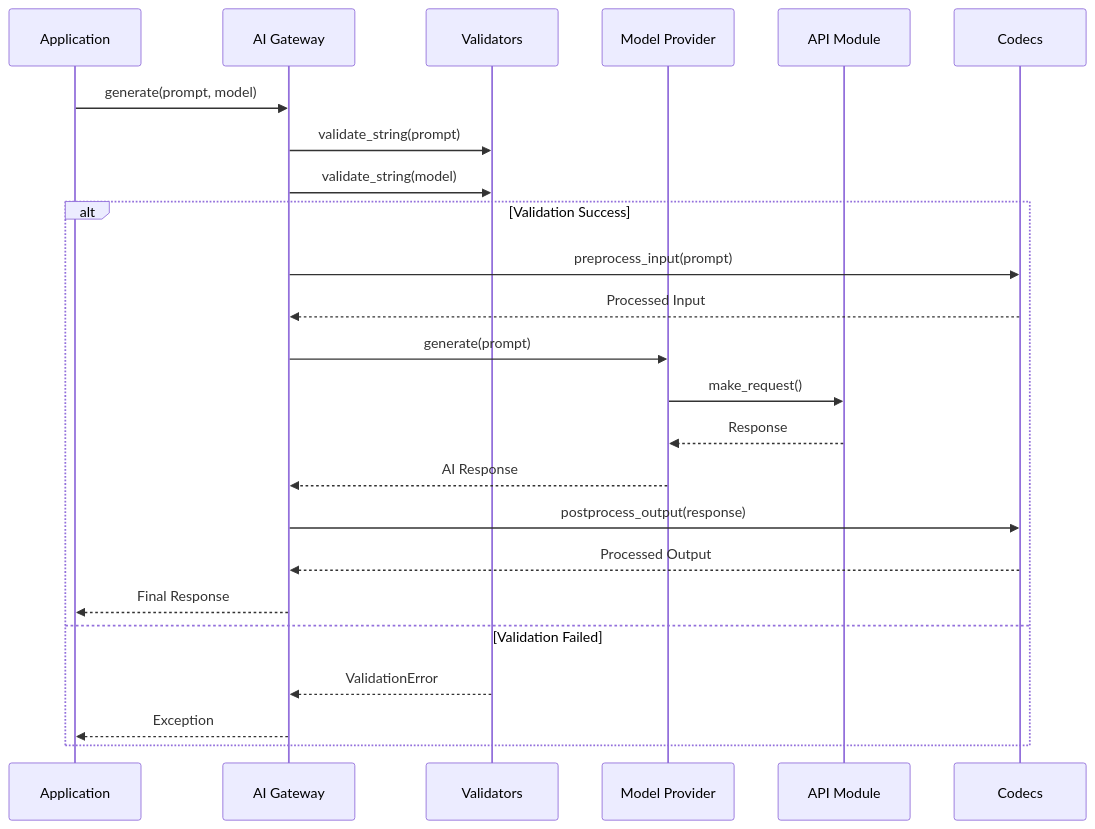
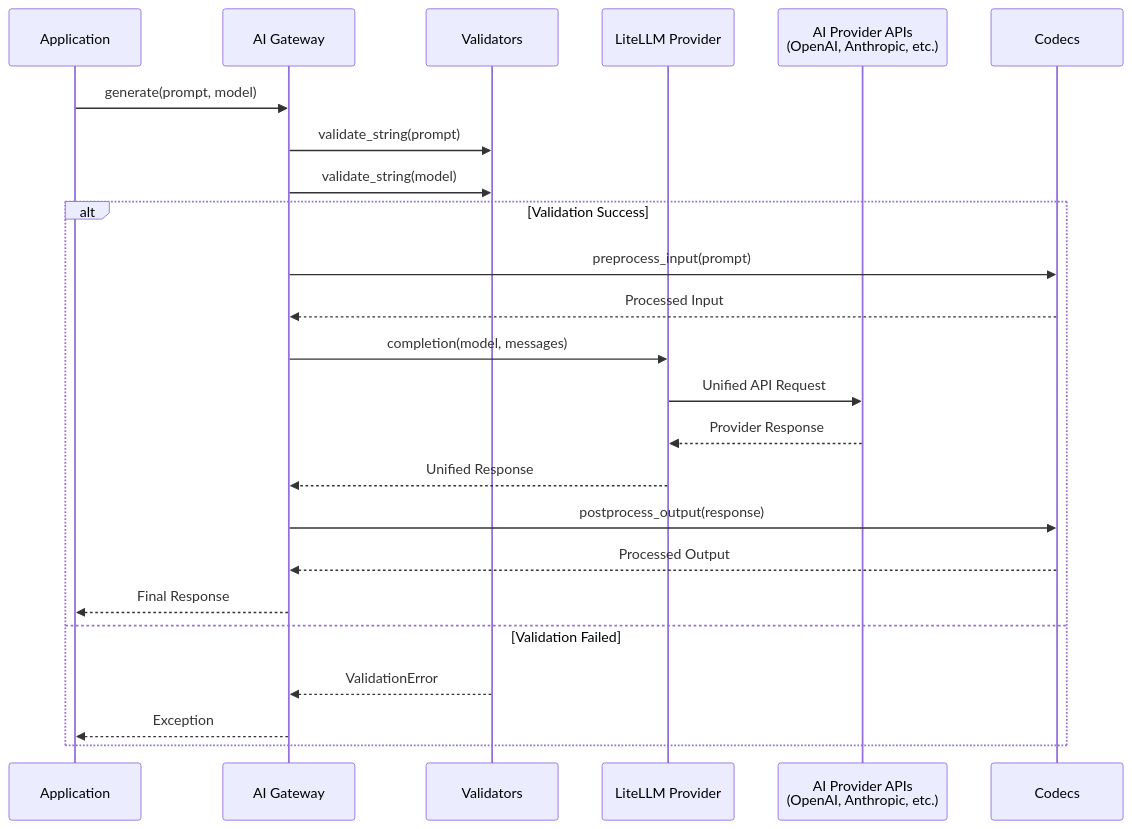
Before and after one commit to Kevinparashar/motadata-AI-sdk-2.0: the fifth of 16 diagrams in ARCHITECTURE.md, drawn with Mermaid. The commit also changed other lines of this file and 12 other files, not shown here.

````diff
--- a/ARCHITECTURE.md
+++ b/ARCHITECTURE.md
@@ -300,27 +304,27 @@
 ```mermaid
 sequenceDiagram
     participant App as Application
     participant Gateway as AI Gateway
     participant Validator as Validators
-    participant Provider as Model Provider
-    participant API as API Module
+    participant LiteLLM as LiteLLM Provider
+    participant AI_API as AI Provider APIs<br/>(OpenAI, Anthropic, etc.)
     participant Codec as Codecs
     
     App->>Gateway: generate(prompt, model)
     Gateway->>Validator: validate_string(prompt)
     Gateway->>Validator: validate_string(model)
     alt Validation Success
         Gateway->>Codec: preprocess_input(prompt)
         Codec-->>Gateway: Processed Input
-        Gateway->>Provider: generate(prompt)
-        Provider->>API: make_request()
-        API-->>Provider: Response
-        Provider-->>Gateway: AI Response
+        Gateway->>LiteLLM: completion(model, messages)
+        LiteLLM->>AI_API: Unified API Request
+        AI_API-->>LiteLLM: Provider Response
+        LiteLLM-->>Gateway: Unified Response
         Gateway->>Codec: postprocess_output(response)
         Codec-->>Gateway: Processed Output
         Gateway-->>App: Final Response
     else Validation Failed
         Validator-->>Gateway: ValidationError
         Gateway-->>App: Exception
     end
 ```
````
